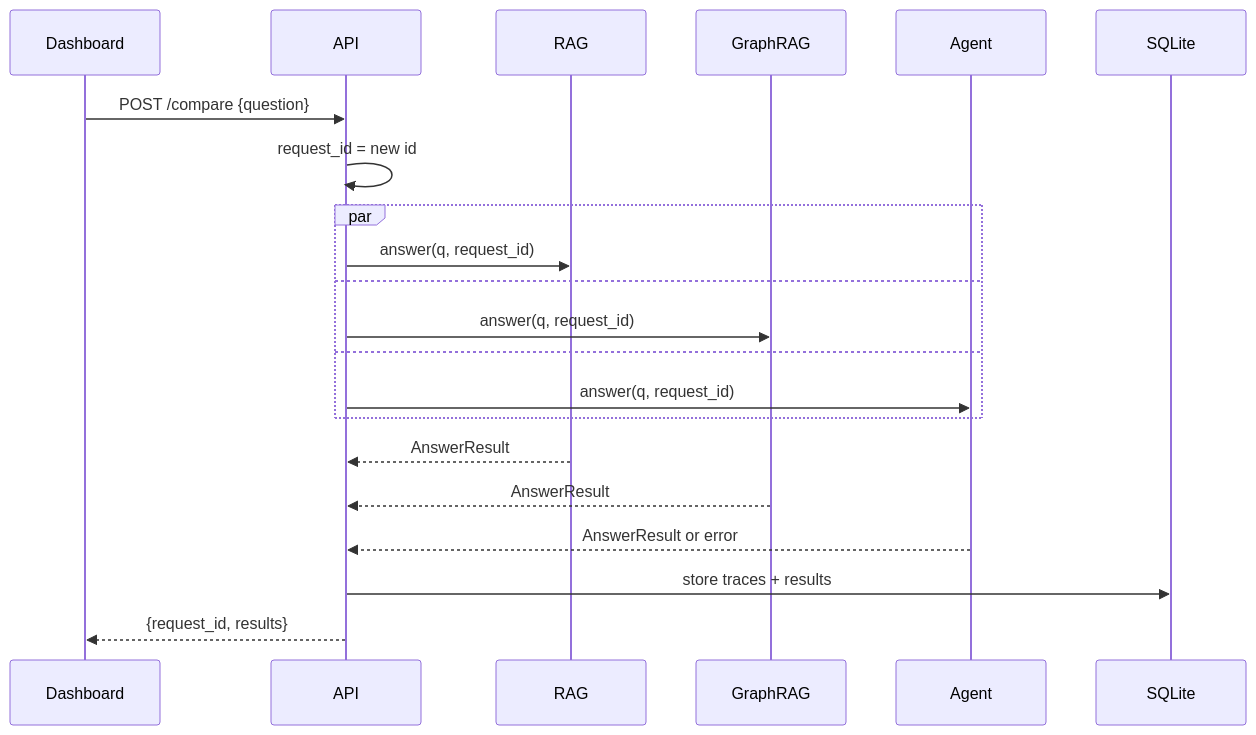
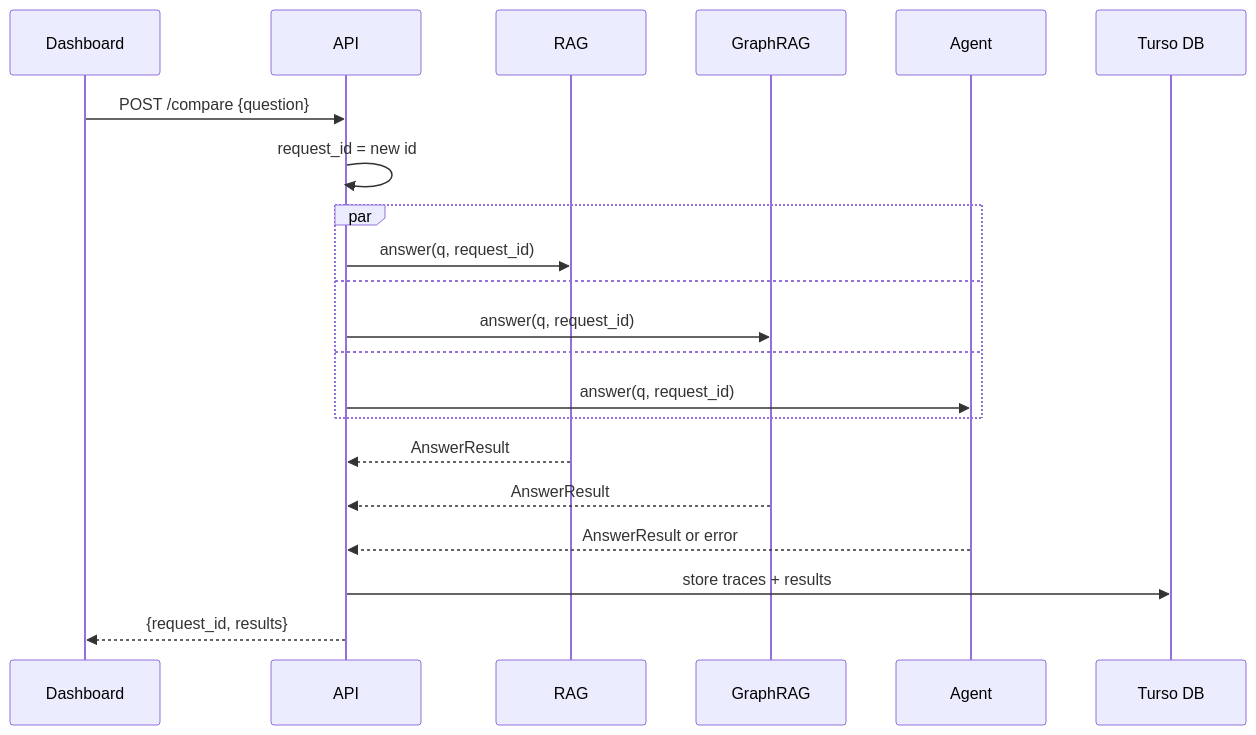
Before and after one commit to Tetra4ge/Interlock-TG: the fifth of 11 diagrams in docs/ARCHITECTURE.md, drawn with Mermaid. The commit also changed other lines of this file and 9 other files, not shown here.

Commit message:
docs: replace SQLite with Turso DB across all architecture and phase plans

````diff
--- a/docs/ARCHITECTURE.md
+++ b/docs/ARCHITECTURE.md
@@ -157,23 +157,23 @@
 ```mermaid
 sequenceDiagram
     participant U as Dashboard
     participant A as API
     participant R as RAG
     participant G as GraphRAG
     participant Ag as Agent
-    participant S as SQLite
+    participant S as Turso DB
     U->>A: POST /compare {question}
     A->>A: request_id = new id
     par
         A->>R: answer(q, request_id)
     and
         A->>G: answer(q, request_id)
     and
         A->>Ag: answer(q, request_id)
     end
     R-->>A: AnswerResult
     G-->>A: AnswerResult
     Ag-->>A: AnswerResult or error
     A->>S: store traces + results
     A-->>U: {request_id, results}
 ```
````
